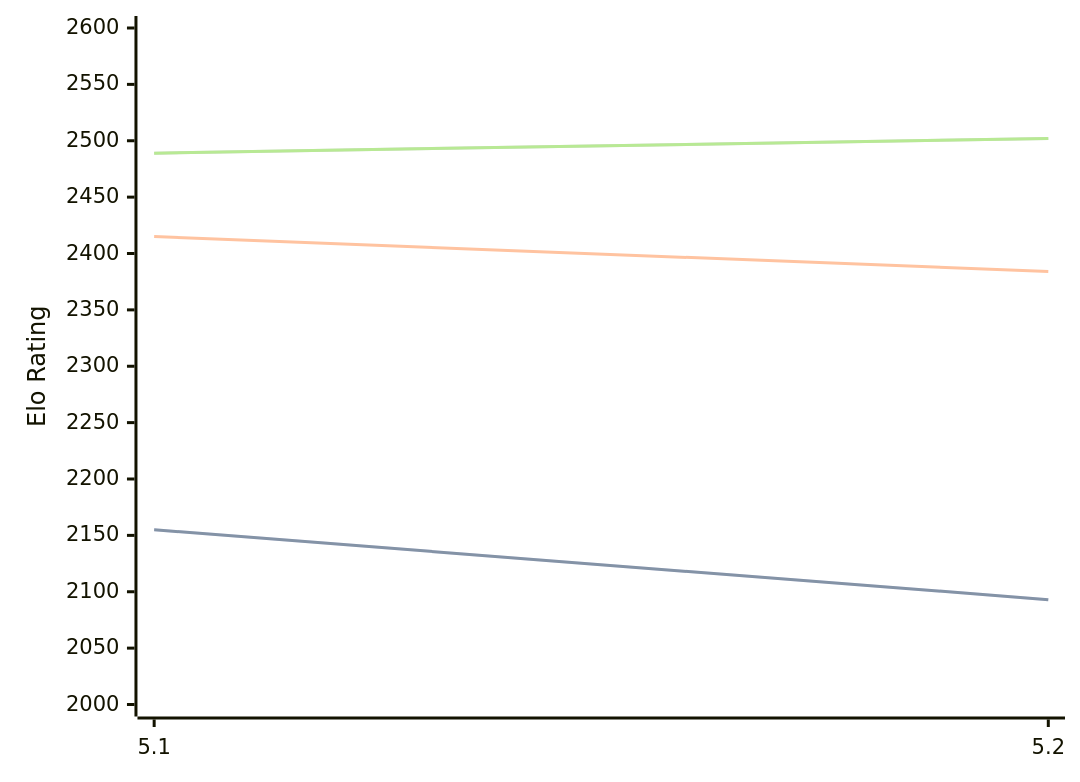
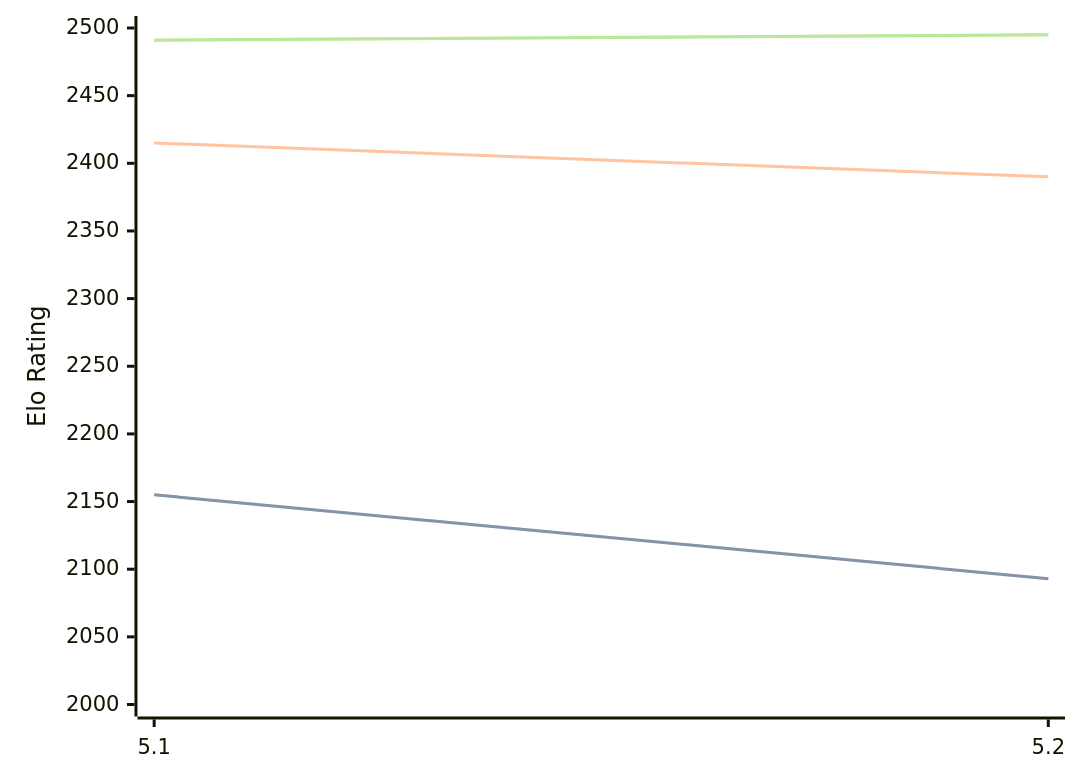
Before and after one commit to computer-chess-index/cci: the first of 3 diagrams in engines/Prophet.md, drawn with Mermaid. The commit also changed other lines of this file, not shown here.

Commit message:
Update CCI Ratings (ELO VLTC) - 2026-06-18

````diff
--- a/engines/Prophet.md
+++ b/engines/Prophet.md
@@ -38,11 +38,11 @@
 ```mermaid
 %%{init: {"theme":"base","themeVariables":{"seriesColors:['#a3a3a3','#222221','#faa371']}}}%%
 xychart-beta
   x-axis ["5.1", "5.2"]
-  y-axis "Elo Rating" 2000 --> 2600
+  y-axis "Elo Rating" 2000 --> 2500
   line "STC (8.0+0.08s)" [2155, 2093]
   line "STC (8.0+0.08s)" [2155, 2093]
-  line "LTC (60.0+0.60s)" [2415, 2384]
-  line "VLTC (2m24s+1.12s)" [2489, 2502]
-  line "VLTC (2m24s+1.12s)" [2489, 2502]
+  line "LTC (60.0+0.60s)" [2415, 2390]
+  line "VLTC (2m24s+1.12s)" [2491, 2495]
+  line "VLTC (2m24s+1.12s)" [2491, 2495]
 ```
````
